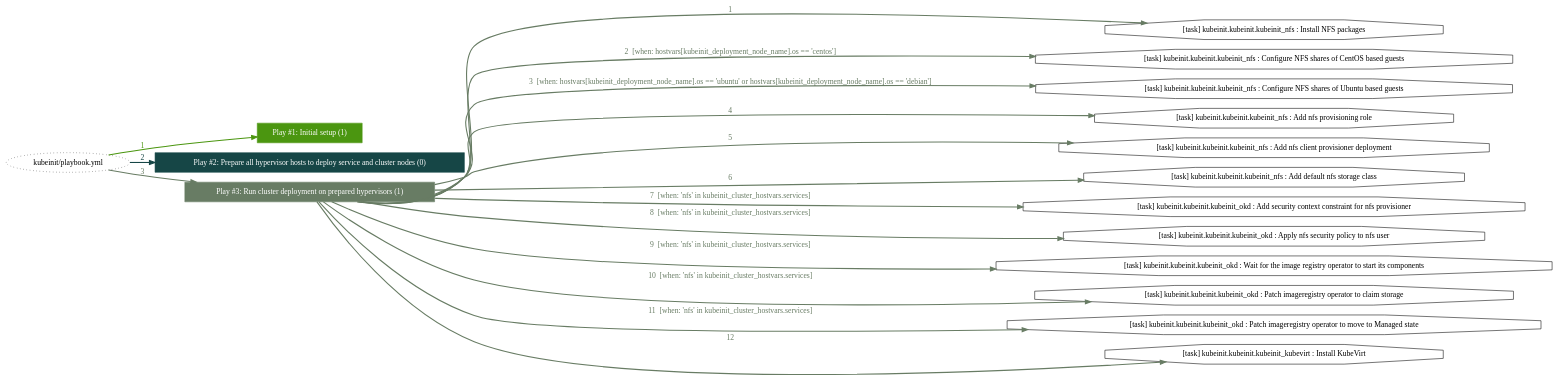
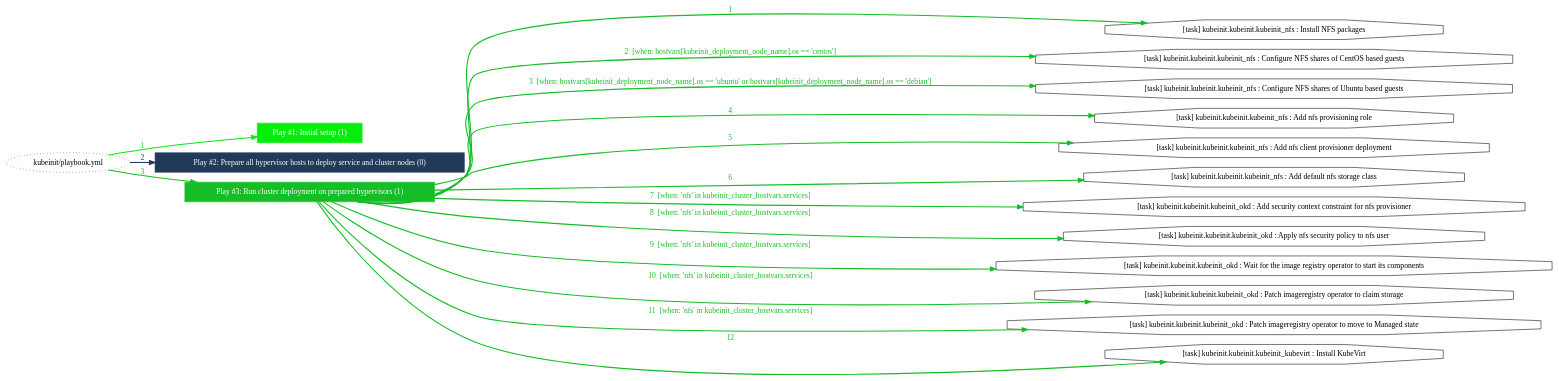
One commit to Kubeinit/kubeinit changed the diagram in _static/playbook_task_post_deployment.dot. Above: the diagram before and after it, drawn with Graphviz. The commit also changed 66 other files, not shown here.

```diff
--- a/_static/playbook_task_post_deployment.dot
+++ b/_static/playbook_task_post_deployment.dot
@@ -3,39 +3,39 @@
 	edge [esep=5 sep=10]
 	"kubeinit/playbook.yml" [id=root_node style=dotted]
 	subgraph "Play #1: Initial setup (1) "{
-		"Play #1: Initial setup (1)" [color="#4b9610" fontcolor="#ffffff" id="play_83e40efe-4858-4c1b-bf65-c14a5f9aa6c0" shape=box style=filled tooltip=localhost]
-		"kubeinit/playbook.yml" -> "Play #1: Initial setup (1)" [label=1 color="#4b9610" fontcolor="#4b9610" id="edge_43c81da5-bc87-43e5-8bea-0be3e9930bce" style=bold]
+		"Play #1: Initial setup (1)" [color="#04ed0b" fontcolor="#ffffff" id="play_6e917fd3-de46-43d3-9a8e-8a0763964978" shape=box style=filled tooltip=localhost]
+		"kubeinit/playbook.yml" -> "Play #1: Initial setup (1)" [label=1 color="#04ed0b" fontcolor="#04ed0b" id="edge_1c27b665-c05e-4b14-8a65-ec269bd68bc0" style=bold]
 	}
 	subgraph "Play #2: Prepare all hypervisor hosts to deploy service and cluster nodes (0) "{
-		"Play #2: Prepare all hypervisor hosts to deploy service and cluster nodes (0)" [color="#164646" fontcolor="#ffffff" id="play_e57ea511-60cd-414f-bce0-bc2b326869db" shape=box style=filled tooltip=""]
-		"kubeinit/playbook.yml" -> "Play #2: Prepare all hypervisor hosts to deploy service and cluster nodes (0)" [label=2 color="#164646" fontcolor="#164646" id="edge_89df4cd9-eb53-4b8d-95c8-0ef62f2ff0de" style=bold]
+		"Play #2: Prepare all hypervisor hosts to deploy service and cluster nodes (0)" [color="#223a59" fontcolor="#ffffff" id="play_bba1e048-0902-4562-b1a4-e068d22bc9f8" shape=box style=filled tooltip=""]
+		"kubeinit/playbook.yml" -> "Play #2: Prepare all hypervisor hosts to deploy service and cluster nodes (0)" [label=2 color="#223a59" fontcolor="#223a59" id="edge_eea70ae5-707c-46c0-ad43-f9e8d4740f41" style=bold]
 	}
 	subgraph "Play #3: Run cluster deployment on prepared hypervisors (1) "{
-		"Play #3: Run cluster deployment on prepared hypervisors (1)" [color="#687c64" fontcolor="#ffffff" id="play_52d77712-2617-4aaf-af79-98941dfa1e24" shape=box style=filled tooltip=localhost]
-		"kubeinit/playbook.yml" -> "Play #3: Run cluster deployment on prepared hypervisors (1)" [label=3 color="#687c64" fontcolor="#687c64" id="edge_cf53a6c4-cb3c-4367-abfb-38906bc81380" style=bold]
-		"task_9905f97c-6022-458b-b6d5-a92277906dea" [label="[task] kubeinit.kubeinit.kubeinit_nfs : Install NFS packages" id="task_9905f97c-6022-458b-b6d5-a92277906dea" shape=octagon tooltip="[task] kubeinit.kubeinit.kubeinit_nfs : Install NFS packages"]
-		"Play #3: Run cluster deployment on prepared hypervisors (1)" -> "task_9905f97c-6022-458b-b6d5-a92277906dea" [label=1 color="#687c64" fontcolor="#687c64" id="edge_92685ae9-9fe4-4001-86e0-d822a4eca7d3" style=bold]
-		"task_c8711b5e-e3a0-479f-89cd-d83f480822f6" [label="[task] kubeinit.kubeinit.kubeinit_nfs : Configure NFS shares of CentOS based guests" id="task_c8711b5e-e3a0-479f-89cd-d83f480822f6" shape=octagon tooltip="[task] kubeinit.kubeinit.kubeinit_nfs : Configure NFS shares of CentOS based guests"]
-		"Play #3: Run cluster deployment on prepared hypervisors (1)" -> "task_c8711b5e-e3a0-479f-89cd-d83f480822f6" [label="2  [when: hostvars[kubeinit_deployment_node_name].os == 'centos']" color="#687c64" fontcolor="#687c64" id="edge_58defeba-7267-45a1-a6f2-fe3811788839" style=bold]
-		"task_fcb4809b-9f58-4845-9803-be29f9c28047" [label="[task] kubeinit.kubeinit.kubeinit_nfs : Configure NFS shares of Ubuntu based guests" id="task_fcb4809b-9f58-4845-9803-be29f9c28047" shape=octagon tooltip="[task] kubeinit.kubeinit.kubeinit_nfs : Configure NFS shares of Ubuntu based guests"]
-		"Play #3: Run cluster deployment on prepared hypervisors (1)" -> "task_fcb4809b-9f58-4845-9803-be29f9c28047" [label="3  [when: hostvars[kubeinit_deployment_node_name].os == 'ubuntu' or hostvars[kubeinit_deployment_node_name].os == 'debian']" color="#687c64" fontcolor="#687c64" id="edge_f8c1951f-7572-45c2-a263-70527e8b00df" style=bold]
-		"task_09b26855-d0d2-4c4a-8bb4-28845ec33f2e" [label="[task] kubeinit.kubeinit.kubeinit_nfs : Add nfs provisioning role" id="task_09b26855-d0d2-4c4a-8bb4-28845ec33f2e" shape=octagon tooltip="[task] kubeinit.kubeinit.kubeinit_nfs : Add nfs provisioning role"]
-		"Play #3: Run cluster deployment on prepared hypervisors (1)" -> "task_09b26855-d0d2-4c4a-8bb4-28845ec33f2e" [label=4 color="#687c64" fontcolor="#687c64" id="edge_c5932674-9c75-4375-a557-fb4b9a326f48" style=bold]
-		"task_c86b8bcf-b1f6-4f3a-85be-1a38a513b409" [label="[task] kubeinit.kubeinit.kubeinit_nfs : Add nfs client provisioner deployment" id="task_c86b8bcf-b1f6-4f3a-85be-1a38a513b409" shape=octagon tooltip="[task] kubeinit.kubeinit.kubeinit_nfs : Add nfs client provisioner deployment"]
-		"Play #3: Run cluster deployment on prepared hypervisors (1)" -> "task_c86b8bcf-b1f6-4f3a-85be-1a38a513b409" [label=5 color="#687c64" fontcolor="#687c64" id="edge_1ed48123-afa2-4408-9f91-7621cd64ffb3" style=bold]
-		"task_f9ad6d18-daa8-48e0-95f1-8ed01a77ed49" [label="[task] kubeinit.kubeinit.kubeinit_nfs : Add default nfs storage class" id="task_f9ad6d18-daa8-48e0-95f1-8ed01a77ed49" shape=octagon tooltip="[task] kubeinit.kubeinit.kubeinit_nfs : Add default nfs storage class"]
-		"Play #3: Run cluster deployment on prepared hypervisors (1)" -> "task_f9ad6d18-daa8-48e0-95f1-8ed01a77ed49" [label=6 color="#687c64" fontcolor="#687c64" id="edge_52b42107-e005-4b98-a17c-1274b810c7fc" style=bold]
-		"task_9611c163-dcad-4138-b6f1-6d721a8f117e" [label="[task] kubeinit.kubeinit.kubeinit_okd : Add security context constraint for nfs provisioner" id="task_9611c163-dcad-4138-b6f1-6d721a8f117e" shape=octagon tooltip="[task] kubeinit.kubeinit.kubeinit_okd : Add security context constraint for nfs provisioner"]
-		"Play #3: Run cluster deployment on prepared hypervisors (1)" -> "task_9611c163-dcad-4138-b6f1-6d721a8f117e" [label="7  [when: 'nfs' in kubeinit_cluster_hostvars.services]" color="#687c64" fontcolor="#687c64" id="edge_a93ccbef-3c57-4171-a907-c9e10e7a8272" style=bold]
-		"task_02fdc668-edea-4be0-a2c4-cd0ad64dfb9f" [label="[task] kubeinit.kubeinit.kubeinit_okd : Apply nfs security policy to nfs user" id="task_02fdc668-edea-4be0-a2c4-cd0ad64dfb9f" shape=octagon tooltip="[task] kubeinit.kubeinit.kubeinit_okd : Apply nfs security policy to nfs user"]
-		"Play #3: Run cluster deployment on prepared hypervisors (1)" -> "task_02fdc668-edea-4be0-a2c4-cd0ad64dfb9f" [label="8  [when: 'nfs' in kubeinit_cluster_hostvars.services]" color="#687c64" fontcolor="#687c64" id="edge_b583440b-e4fb-4a24-ab12-a15a19507c86" style=bold]
-		"task_f4d3e13a-2392-48fb-af34-e520c4a375b7" [label="[task] kubeinit.kubeinit.kubeinit_okd : Wait for the image registry operator to start its components" id="task_f4d3e13a-2392-48fb-af34-e520c4a375b7" shape=octagon tooltip="[task] kubeinit.kubeinit.kubeinit_okd : Wait for the image registry operator to start its components"]
-		"Play #3: Run cluster deployment on prepared hypervisors (1)" -> "task_f4d3e13a-2392-48fb-af34-e520c4a375b7" [label="9  [when: 'nfs' in kubeinit_cluster_hostvars.services]" color="#687c64" fontcolor="#687c64" id="edge_92bf85e6-0e47-46c3-bfe5-037e5e13f527" style=bold]
-		"task_b4044626-1d2e-4931-af08-3683b3b44a64" [label="[task] kubeinit.kubeinit.kubeinit_okd : Patch imageregistry operator to claim storage" id="task_b4044626-1d2e-4931-af08-3683b3b44a64" shape=octagon tooltip="[task] kubeinit.kubeinit.kubeinit_okd : Patch imageregistry operator to claim storage"]
-		"Play #3: Run cluster deployment on prepared hypervisors (1)" -> "task_b4044626-1d2e-4931-af08-3683b3b44a64" [label="10  [when: 'nfs' in kubeinit_cluster_hostvars.services]" color="#687c64" fontcolor="#687c64" id="edge_d100497d-d0ea-4b83-8ab9-b3d455a95334" style=bold]
-		"task_959ff7bd-63bb-4e9d-954f-69a7db36093b" [label="[task] kubeinit.kubeinit.kubeinit_okd : Patch imageregistry operator to move to Managed state" id="task_959ff7bd-63bb-4e9d-954f-69a7db36093b" shape=octagon tooltip="[task] kubeinit.kubeinit.kubeinit_okd : Patch imageregistry operator to move to Managed state"]
-		"Play #3: Run cluster deployment on prepared hypervisors (1)" -> "task_959ff7bd-63bb-4e9d-954f-69a7db36093b" [label="11  [when: 'nfs' in kubeinit_cluster_hostvars.services]" color="#687c64" fontcolor="#687c64" id="edge_0f72b2f4-8c0c-4ac6-9d20-526c33a9145e" style=bold]
-		"task_b90eaff8-c3cf-469d-9092-c1ad920b21e2" [label="[task] kubeinit.kubeinit.kubeinit_kubevirt : Install KubeVirt" id="task_b90eaff8-c3cf-469d-9092-c1ad920b21e2" shape=octagon tooltip="[task] kubeinit.kubeinit.kubeinit_kubevirt : Install KubeVirt"]
-		"Play #3: Run cluster deployment on prepared hypervisors (1)" -> "task_b90eaff8-c3cf-469d-9092-c1ad920b21e2" [label=12 color="#687c64" fontcolor="#687c64" id="edge_60d3f6ef-487f-4989-b97f-1411d30dae6d" style=bold]
+		"Play #3: Run cluster deployment on prepared hypervisors (1)" [color="#15be26" fontcolor="#ffffff" id="play_c7201a32-1ea5-4b7d-80af-866a28fa2e74" shape=box style=filled tooltip=localhost]
+		"kubeinit/playbook.yml" -> "Play #3: Run cluster deployment on prepared hypervisors (1)" [label=3 color="#15be26" fontcolor="#15be26" id="edge_aba80aca-f0c2-463c-be20-06de6a81a8df" style=bold]
+		"task_9b30dc20-aaf3-45e0-89f1-6979366c3cea" [label="[task] kubeinit.kubeinit.kubeinit_nfs : Install NFS packages" id="task_9b30dc20-aaf3-45e0-89f1-6979366c3cea" shape=octagon tooltip="[task] kubeinit.kubeinit.kubeinit_nfs : Install NFS packages"]
+		"Play #3: Run cluster deployment on prepared hypervisors (1)" -> "task_9b30dc20-aaf3-45e0-89f1-6979366c3cea" [label=1 color="#15be26" fontcolor="#15be26" id="edge_c3cd81bd-783c-4bb5-af6c-0a774e100fb5" style=bold]
+		"task_fdc239a9-6b48-459f-b532-64379b10ba0e" [label="[task] kubeinit.kubeinit.kubeinit_nfs : Configure NFS shares of CentOS based guests" id="task_fdc239a9-6b48-459f-b532-64379b10ba0e" shape=octagon tooltip="[task] kubeinit.kubeinit.kubeinit_nfs : Configure NFS shares of CentOS based guests"]
+		"Play #3: Run cluster deployment on prepared hypervisors (1)" -> "task_fdc239a9-6b48-459f-b532-64379b10ba0e" [label="2  [when: hostvars[kubeinit_deployment_node_name].os == 'centos']" color="#15be26" fontcolor="#15be26" id="edge_be752635-4b81-4fda-b23e-2bf15b4ede05" style=bold]
+		"task_24367294-ea41-44d8-9407-a2c364ae1382" [label="[task] kubeinit.kubeinit.kubeinit_nfs : Configure NFS shares of Ubuntu based guests" id="task_24367294-ea41-44d8-9407-a2c364ae1382" shape=octagon tooltip="[task] kubeinit.kubeinit.kubeinit_nfs : Configure NFS shares of Ubuntu based guests"]
+		"Play #3: Run cluster deployment on prepared hypervisors (1)" -> "task_24367294-ea41-44d8-9407-a2c364ae1382" [label="3  [when: hostvars[kubeinit_deployment_node_name].os == 'ubuntu' or hostvars[kubeinit_deployment_node_name].os == 'debian']" color="#15be26" fontcolor="#15be26" id="edge_d9ad85a0-51dc-4f94-a10a-761739f057e2" style=bold]
+		"task_fe696e50-3cc0-4de4-9c06-044600fc5f39" [label="[task] kubeinit.kubeinit.kubeinit_nfs : Add nfs provisioning role" id="task_fe696e50-3cc0-4de4-9c06-044600fc5f39" shape=octagon tooltip="[task] kubeinit.kubeinit.kubeinit_nfs : Add nfs provisioning role"]
+		"Play #3: Run cluster deployment on prepared hypervisors (1)" -> "task_fe696e50-3cc0-4de4-9c06-044600fc5f39" [label=4 color="#15be26" fontcolor="#15be26" id="edge_bd297bee-8b22-42b4-93ba-5e7af5e5291a" style=bold]
+		"task_38ca01af-55f8-482c-a7eb-277fadf55670" [label="[task] kubeinit.kubeinit.kubeinit_nfs : Add nfs client provisioner deployment" id="task_38ca01af-55f8-482c-a7eb-277fadf55670" shape=octagon tooltip="[task] kubeinit.kubeinit.kubeinit_nfs : Add nfs client provisioner deployment"]
+		"Play #3: Run cluster deployment on prepared hypervisors (1)" -> "task_38ca01af-55f8-482c-a7eb-277fadf55670" [label=5 color="#15be26" fontcolor="#15be26" id="edge_4e75f865-3c35-41bf-971b-43e34ea9137c" style=bold]
+		"task_52141292-0e3c-42f4-a8ad-4743d580310d" [label="[task] kubeinit.kubeinit.kubeinit_nfs : Add default nfs storage class" id="task_52141292-0e3c-42f4-a8ad-4743d580310d" shape=octagon tooltip="[task] kubeinit.kubeinit.kubeinit_nfs : Add default nfs storage class"]
+		"Play #3: Run cluster deployment on prepared hypervisors (1)" -> "task_52141292-0e3c-42f4-a8ad-4743d580310d" [label=6 color="#15be26" fontcolor="#15be26" id="edge_a295646d-7aae-4980-bf48-e62df051618c" style=bold]
+		"task_87c9442d-35e6-4724-8e49-39244b7e1934" [label="[task] kubeinit.kubeinit.kubeinit_okd : Add security context constraint for nfs provisioner" id="task_87c9442d-35e6-4724-8e49-39244b7e1934" shape=octagon tooltip="[task] kubeinit.kubeinit.kubeinit_okd : Add security context constraint for nfs provisioner"]
+		"Play #3: Run cluster deployment on prepared hypervisors (1)" -> "task_87c9442d-35e6-4724-8e49-39244b7e1934" [label="7  [when: 'nfs' in kubeinit_cluster_hostvars.services]" color="#15be26" fontcolor="#15be26" id="edge_f5814bef-d5ff-4ce6-975b-b46ea393dc11" style=bold]
+		"task_7739b943-19d1-4a55-9c61-66db101873b4" [label="[task] kubeinit.kubeinit.kubeinit_okd : Apply nfs security policy to nfs user" id="task_7739b943-19d1-4a55-9c61-66db101873b4" shape=octagon tooltip="[task] kubeinit.kubeinit.kubeinit_okd : Apply nfs security policy to nfs user"]
+		"Play #3: Run cluster deployment on prepared hypervisors (1)" -> "task_7739b943-19d1-4a55-9c61-66db101873b4" [label="8  [when: 'nfs' in kubeinit_cluster_hostvars.services]" color="#15be26" fontcolor="#15be26" id="edge_a53142fb-62f6-4667-8de6-6fb6cc4c899f" style=bold]
+		"task_8b611287-340b-4cc1-b66a-0cd6cffde958" [label="[task] kubeinit.kubeinit.kubeinit_okd : Wait for the image registry operator to start its components" id="task_8b611287-340b-4cc1-b66a-0cd6cffde958" shape=octagon tooltip="[task] kubeinit.kubeinit.kubeinit_okd : Wait for the image registry operator to start its components"]
+		"Play #3: Run cluster deployment on prepared hypervisors (1)" -> "task_8b611287-340b-4cc1-b66a-0cd6cffde958" [label="9  [when: 'nfs' in kubeinit_cluster_hostvars.services]" color="#15be26" fontcolor="#15be26" id="edge_96a87442-e49d-49fc-b3e5-5c6d11c392ea" style=bold]
+		"task_76a0cd38-5740-49b5-848a-e256d9fb1011" [label="[task] kubeinit.kubeinit.kubeinit_okd : Patch imageregistry operator to claim storage" id="task_76a0cd38-5740-49b5-848a-e256d9fb1011" shape=octagon tooltip="[task] kubeinit.kubeinit.kubeinit_okd : Patch imageregistry operator to claim storage"]
+		"Play #3: Run cluster deployment on prepared hypervisors (1)" -> "task_76a0cd38-5740-49b5-848a-e256d9fb1011" [label="10  [when: 'nfs' in kubeinit_cluster_hostvars.services]" color="#15be26" fontcolor="#15be26" id="edge_9838b5f1-cdc0-4024-a4a5-d56b3546a9e5" style=bold]
+		"task_ad8e01f1-1e77-4c5d-ab26-fcbdac5dbeb8" [label="[task] kubeinit.kubeinit.kubeinit_okd : Patch imageregistry operator to move to Managed state" id="task_ad8e01f1-1e77-4c5d-ab26-fcbdac5dbeb8" shape=octagon tooltip="[task] kubeinit.kubeinit.kubeinit_okd : Patch imageregistry operator to move to Managed state"]
+		"Play #3: Run cluster deployment on prepared hypervisors (1)" -> "task_ad8e01f1-1e77-4c5d-ab26-fcbdac5dbeb8" [label="11  [when: 'nfs' in kubeinit_cluster_hostvars.services]" color="#15be26" fontcolor="#15be26" id="edge_c443b25d-e34b-4413-952d-d63648899bf3" style=bold]
+		"task_321cc01b-ff1e-416c-ba76-acee4c986ee8" [label="[task] kubeinit.kubeinit.kubeinit_kubevirt : Install KubeVirt" id="task_321cc01b-ff1e-416c-ba76-acee4c986ee8" shape=octagon tooltip="[task] kubeinit.kubeinit.kubeinit_kubevirt : Install KubeVirt"]
+		"Play #3: Run cluster deployment on prepared hypervisors (1)" -> "task_321cc01b-ff1e-416c-ba76-acee4c986ee8" [label=12 color="#15be26" fontcolor="#15be26" id="edge_a942271c-7a54-4884-abb7-bdfe4f3ec6c0" style=bold]
 	}
 }
```
